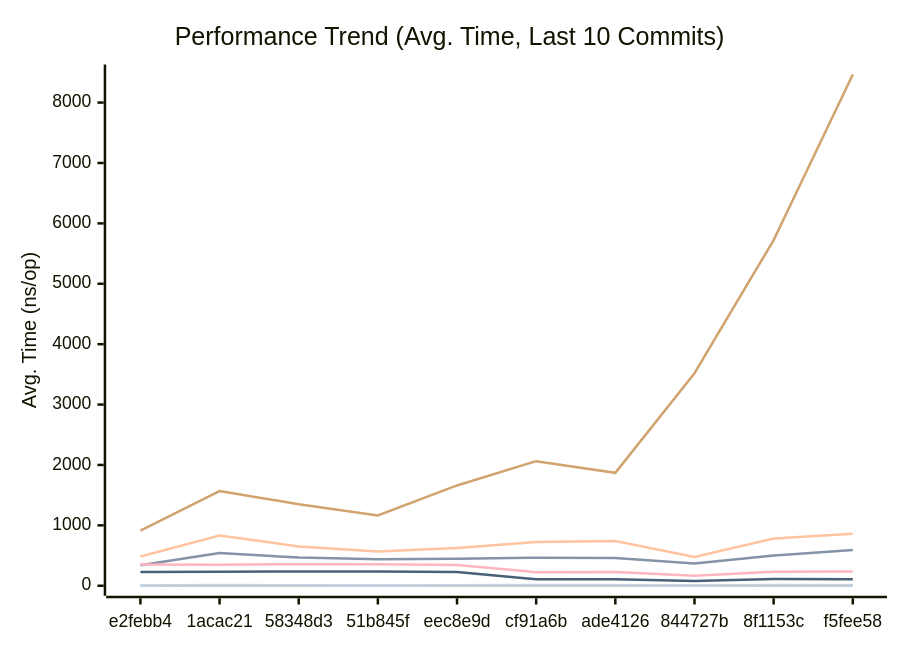
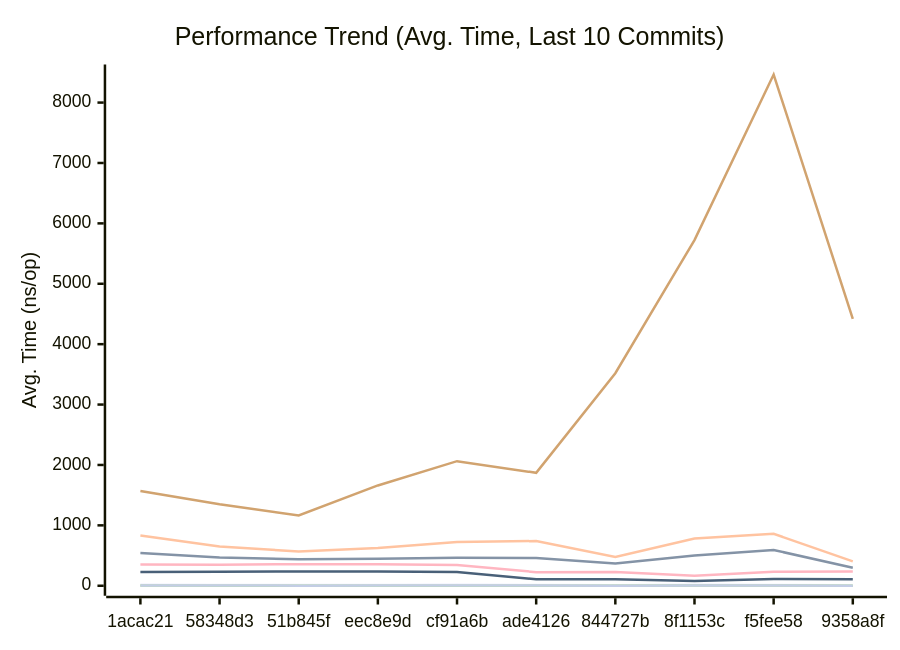
The first of 3 diagrams in docs/PERFORMANCE.md (alsotoes/momo), drawn with Mermaid before and after one commit. The commit also changed other lines of this file and 7 other files, not shown here.

````diff
--- a/docs/PERFORMANCE.md
+++ b/docs/PERFORMANCE.md
@@ -82,16 +80,16 @@
 ```mermaid
 xychart-beta
     title "Performance Trend (Avg. Time, Last 10 Commits)"
     x-axis "Commit"
     y-axis "Avg. Time (ns/op)"
-    x-axis [e2febb4,1acac21,58348d3,51b845f,eec8e9d,cf91a6b,ade4126,844727b,8f1153c,f5fee58]
-    line "CheckMetricsAndSwap" [8,15,14,11,11,15,13,10,15,14]
-    line "CrushOptimized" [341,544,466,437,449,463,458,370,501,592]
-    line "CrushOriginal" [484,833,650,568,624,726,740,478,781,860]
-    line "IndexDirectTracking" [1,1,1,0,0,1,1,0,1,1]
-    line "IndexSearch" [2,3,2,2,2,2,2,2,3,3]
-    line "LoadGlobalConfig" [912,1568,1350,1163,1661,2063,1870,3519,5724,8465]
-    line "PadString" [2,4,3,2,3,3,3,2,3,3]
+    x-axis [1acac21,58348d3,51b845f,eec8e9d,cf91a6b,ade4126,844727b,8f1153c,f5fee58,9358a8f]
+    line "CheckMetricsAndSwap" [15,14,11,11,15,13,10,15,14,8]
+    line "CrushOptimized" [544,466,437,449,463,458,370,501,592,298]
+    line "CrushOriginal" [833,650,568,624,726,740,478,781,860,403]
+    line "IndexDirectTracking" [1,1,0,0,1,1,0,1,1,0]
+    line "IndexSearch" [3,2,2,2,2,2,2,3,3,2]
+    line "LoadGlobalConfig" [1568,1350,1163,1661,2063,1870,3519,5724,8465,4420]
+    line "PadString" [4,3,2,3,3,3,2,3,3,2]
     line "ParseReplicationOrder_NoPrealloc" [350,349,357,354,345,225,229,165,232,234]
     line "ParseReplicationOrder_Prealloc" [229,231,237,234,229,108,107,80,110,109]
 ```
````
